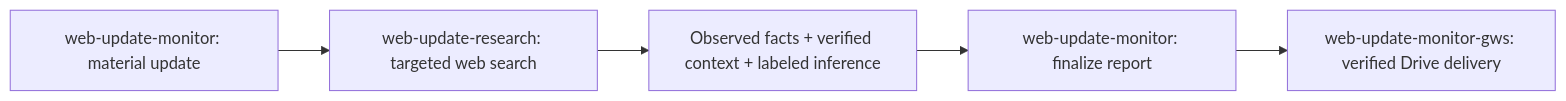
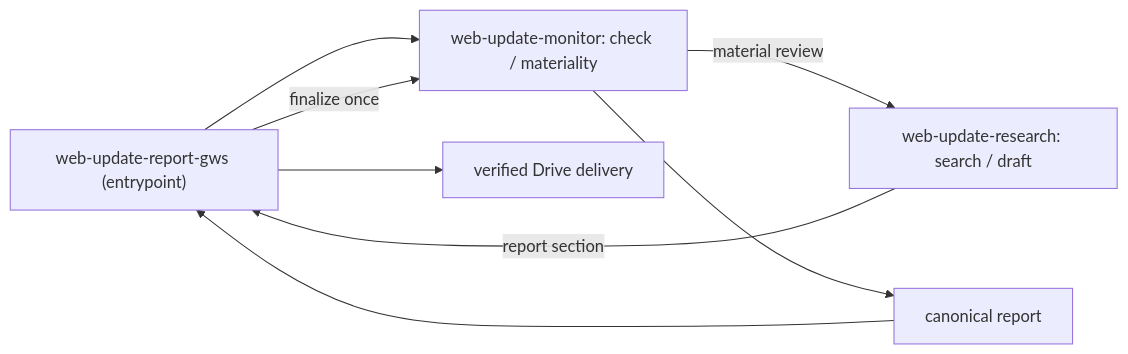
The second of 2 diagrams in README.md (dceoy/wsum), drawn with Mermaid before and after one commit. The commit also changed other lines of this file and 9 other files, not shown here.

Commit message:
refactor(skills): make web-update-report-gws orchestrate monitoring and research

````diff
--- a/README.md
+++ b/README.md
@@ -54,7 +58,10 @@
 ```mermaid
 flowchart LR
-    MON["web-update-monitor: material update"] --> RESEARCH["web-update-research: targeted web search"]
-    RESEARCH --> FACTS["Observed facts + verified context + labeled inference"]
-    FACTS --> FINAL["web-update-monitor: finalize report"]
-    FINAL --> GWS["web-update-monitor-gws: verified Drive delivery"]
+    GWS["web-update-report-gws (entrypoint)"] --> MON["web-update-monitor: check / materiality"]
+    MON -->|material review| RESEARCH["web-update-research: search / draft"]
+    RESEARCH -->|report section| GWS
+    GWS -->|finalize once| MON
+    MON --> FINAL["canonical report"]
+    FINAL --> GWS
+    GWS --> DRIVE["verified Drive delivery"]
 ```
````
